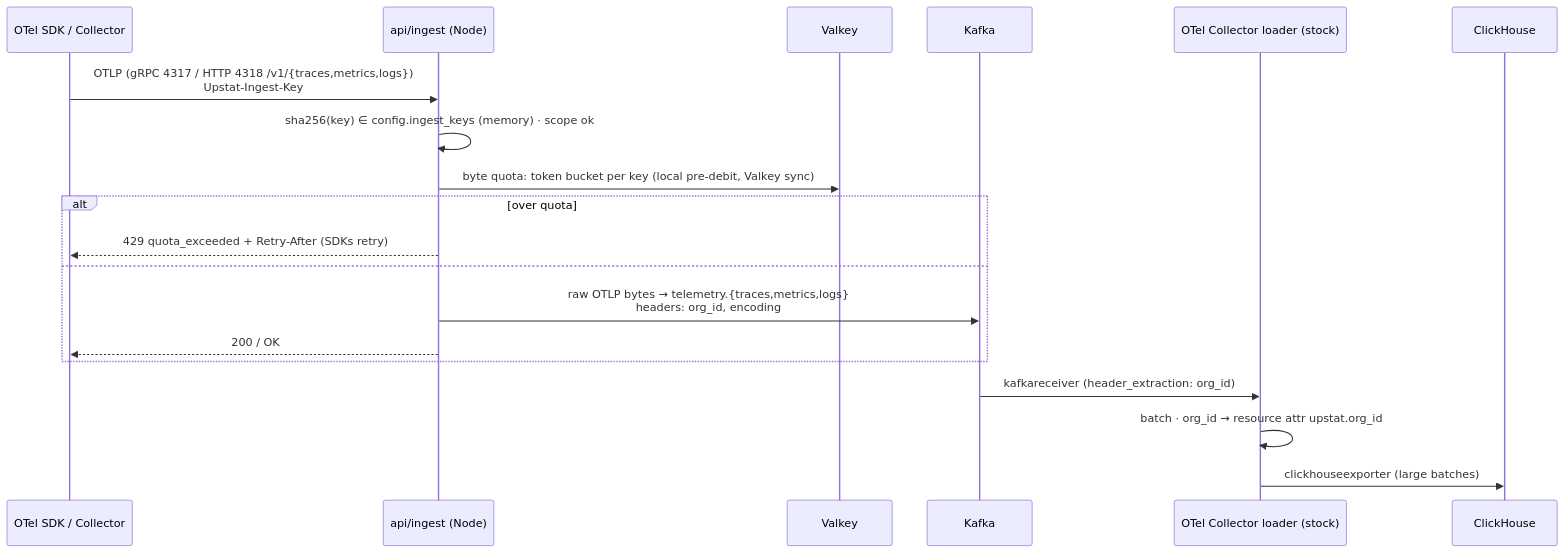
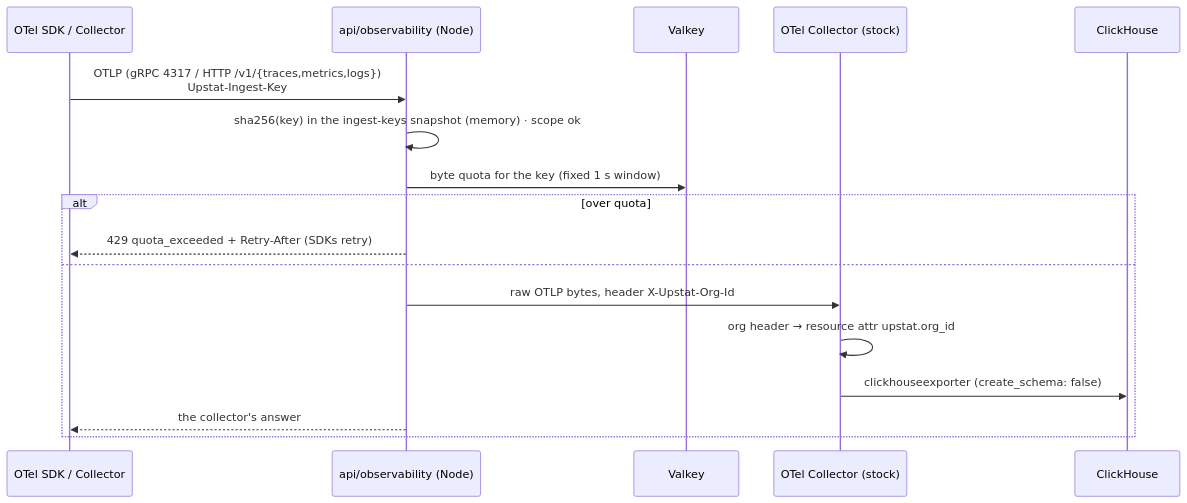
One commit to cuesoftinc/upstat changed the fourth of 4 diagrams in docs/system-design.md. Above: the diagram before and after it, drawn with Mermaid. The commit also changed other lines of this file and 295 other files, not shown here.

````diff
--- a/docs/system-design.md
+++ b/docs/system-design.md
@@ -461,22 +433,20 @@
 ```mermaid
 sequenceDiagram
     participant SDK as OTel SDK / Collector
-    participant G as api/ingest (Node)
+    participant G as api/observability (Node)
     participant R as Valkey
-    participant K as Kafka
-    participant L as OTel Collector loader (stock)
+    participant L as OTel Collector (stock)
     participant CH as ClickHouse
 
-    SDK->>G: OTLP (gRPC 4317 / HTTP 4318 /v1/{traces,metrics,logs})<br/>Upstat-Ingest-Key
-    G->>G: sha256(key) ∈ config.ingest_keys (memory) · scope ok
-    G->>R: byte quota: token bucket per key (local pre-debit, Valkey sync)
+    SDK->>G: OTLP (gRPC 4317 / HTTP /v1/{traces,metrics,logs})<br/>Upstat-Ingest-Key
+    G->>G: sha256(key) in the ingest-keys snapshot (memory) · scope ok
+    G->>R: byte quota for the key (fixed 1 s window)
     alt over quota
         G-->>SDK: 429 quota_exceeded + Retry-After (SDKs retry)
     else
-        G->>K: raw OTLP bytes → telemetry.{traces,metrics,logs}<br/>headers: org_id, encoding
-        G-->>SDK: 200 / OK
+        G->>L: raw OTLP bytes, header X-Upstat-Org-Id
+        L->>L: org header → resource attr upstat.org_id
+        L->>CH: clickhouseexporter (create_schema: false)
+        G-->>SDK: the collector's answer
     end
-    K->>L: kafkareceiver (header_extraction: org_id)
-    L->>L: batch · org_id → resource attr upstat.org_id
-    L->>CH: clickhouseexporter (large batches)
 ```
````
